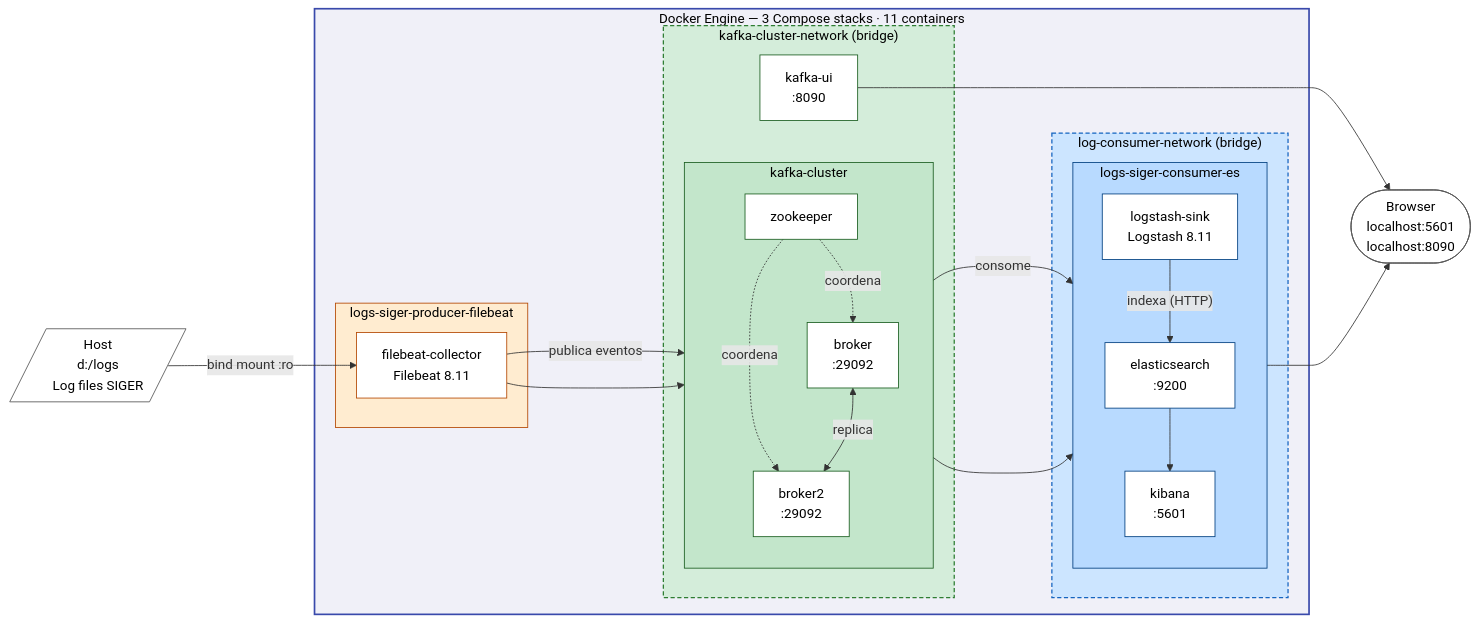
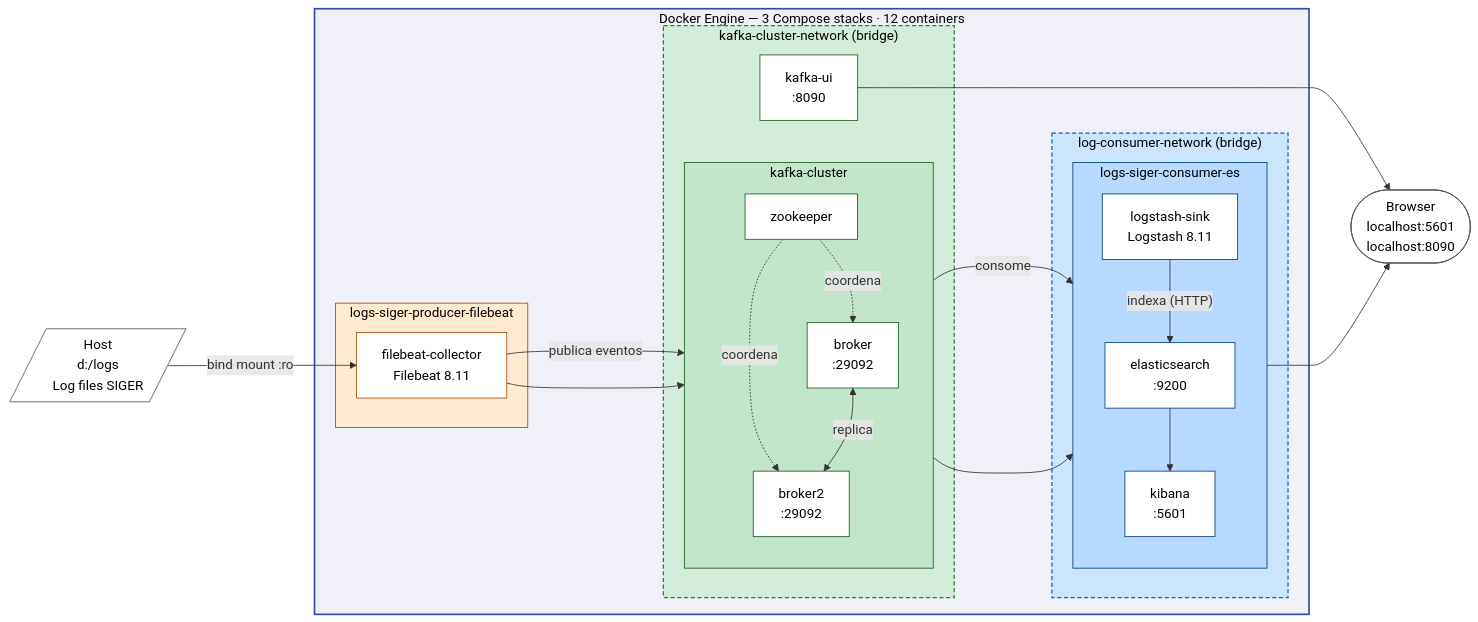
Before and after one commit to tcpassos/kafka-log-pipeline: the diagram in video/roteiro-video.md, drawn with Mermaid. The commit also changed other lines of this file and 3 other files, not shown here.

````diff
--- a/video/roteiro-video.md
+++ b/video/roteiro-video.md
@@ -31,62 +31,62 @@
 ```mermaid
 graph LR
     HOST[/"Host\nd:/logs\nLog files SIGER"/]
     BROWSER(["Browser\nlocalhost:5601\nlocalhost:8090"])
 
-    subgraph DOCKER["Docker Engine — 3 Compose stacks · 11 containers"]
+    subgraph DOCKER["Docker Engine — 3 Compose stacks · 12 containers"]
 
         subgraph S1["logs-siger-producer-filebeat"]
             FB["filebeat-collector\nFilebeat 8.11"]
         end
 
         subgraph KNET["kafka-cluster-network  (bridge)"]
             subgraph S2["kafka-cluster"]
                 direction TB
                 ZK["zookeeper"]
                 B1["broker\n:29092"]
                 B2["broker2\n:29092"]
                 ZK -. coordena .-> B1
                 ZK -. coordena .-> B2
                 B1 <-->|replica| B2
             end
             KUI["kafka-ui\n:8090"]
         end
 
         subgraph LNET["log-consumer-network  (bridge)"]
             subgraph S3["logs-siger-consumer-es"]
                 direction TB
                 LS["logstash-sink\nLogstash 8.11"]
                 ES["elasticsearch\n:9200"]
                 KB["kibana\n:5601"]
             end
         end
 
     end
 
     HOST   -- "bind mount :ro"  --> FB
     FB     -- "publica eventos" --> B1
     FB     -->                     B2
     B1     -- "consome"         --> LS
     B2     -->                     LS
     LS     -- "indexa (HTTP)"   --> ES
     ES     -->                     KB
     KB     -->                     BROWSER
     KUI    -->                     BROWSER
 
     style DOCKER fill:#f0f0f8,stroke:#3949ab,stroke-width:2px,color:#000
     style KNET   fill:#d4edda,stroke:#2e7d32,stroke-width:1.5px,stroke-dasharray:5 3,color:#000
     style LNET   fill:#cce5ff,stroke:#1565c0,stroke-width:1.5px,stroke-dasharray:5 3,color:#000
     style S1     fill:#ffecd0,stroke:#b34700,color:#000
     style S2     fill:#c3e6cb,stroke:#1b5e20,color:#000
     style S3     fill:#b8daff,stroke:#003f7f,color:#000
     style HOST   fill:#ffffff,stroke:#555,color:#000
     style BROWSER fill:#ffffff,stroke:#555,color:#000
     style FB     fill:#ffffff,stroke:#b34700,color:#000
     style ZK     fill:#ffffff,stroke:#1b5e20,color:#000
     style B1     fill:#ffffff,stroke:#1b5e20,color:#000
     style B2     fill:#ffffff,stroke:#1b5e20,color:#000
     style KUI    fill:#ffffff,stroke:#1b5e20,color:#000
     style LS     fill:#ffffff,stroke:#003f7f,color:#000
     style ES     fill:#ffffff,stroke:#003f7f,color:#000
     style KB     fill:#ffffff,stroke:#003f7f,color:#000
 ```
````
